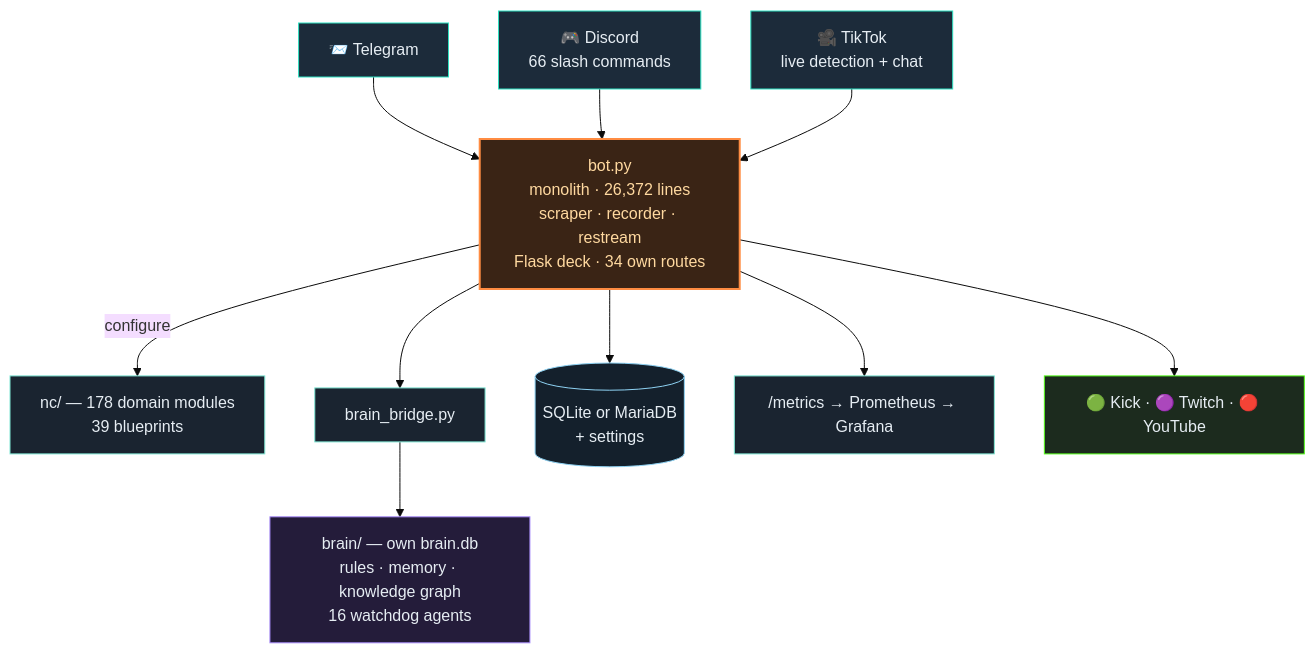
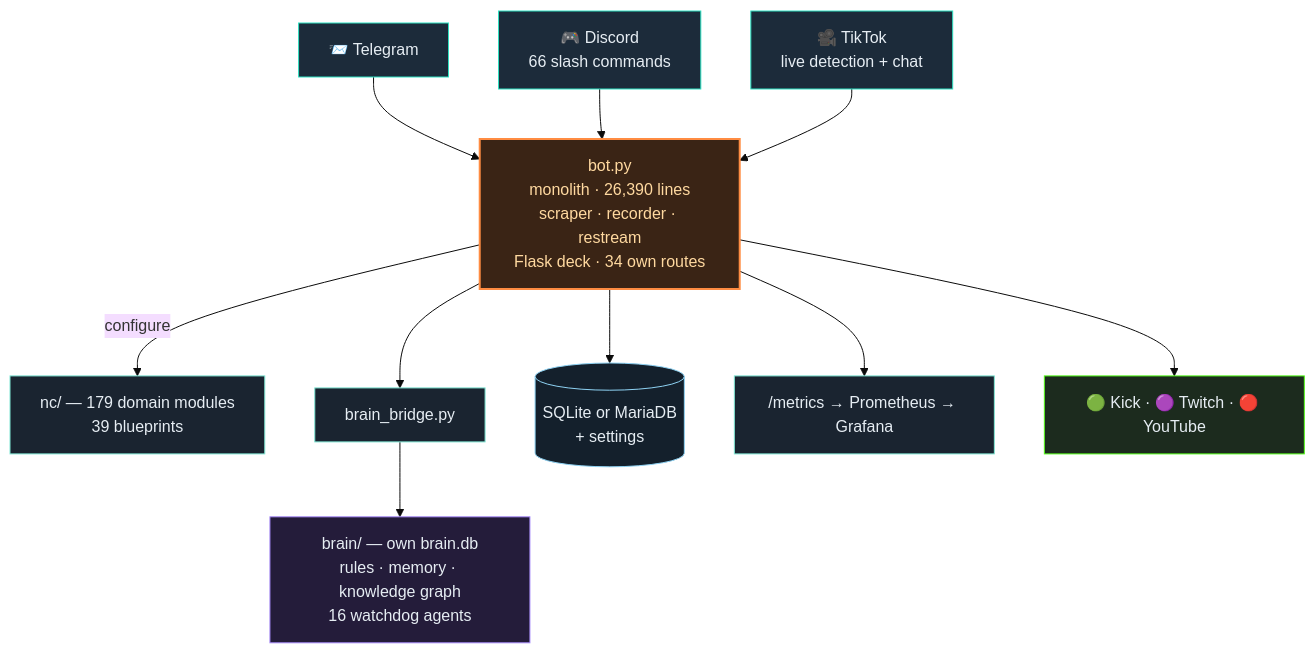
Before and after one commit to itsamemedev/Telegram-Stream-Info-Bot: the second of 3 diagrams in README.en.md, drawn with Mermaid (base theme). The commit also changed other lines of this file and 26 other files, not shown here.

````diff
--- a/README.en.md
+++ b/README.en.md
@@ -119,19 +119,19 @@
 ```mermaid
 flowchart TB
     TG["📨 Telegram"]:::ein --> BOT
     DC["🎮 Discord<br/>66 slash commands"]:::ein --> BOT
     TT["🎥 TikTok<br/>live detection + chat"]:::ein --> BOT
-    BOT["bot.py<br/>monolith · 26,372 lines<br/>scraper · recorder · restream<br/>Flask deck · 34 own routes"]:::core
-    BOT -->|configure| NC["nc/ — 178 domain modules<br/>39 blueprints"]:::lib
+    BOT["bot.py<br/>monolith · 26,390 lines<br/>scraper · recorder · restream<br/>Flask deck · 34 own routes"]:::core
+    BOT -->|configure| NC["nc/ — 179 domain modules<br/>39 blueprints"]:::lib
     BOT --> BR["brain_bridge.py"]:::lib
     BR --> BRAIN["brain/ — own brain.db<br/>rules · memory · knowledge graph<br/>16 watchdog agents"]:::brain
     BOT --> DB[("SQLite or MariaDB<br/>+ settings")]:::db
     BOT --> PROM["/metrics → Prometheus → Grafana"]:::lib
     BOT --> OUT["🟢 Kick · 🟣 Twitch · 🔴 YouTube"]:::out
     classDef ein fill:#1c2b3a,stroke:#2de1c2,color:#e6edf3
     classDef core fill:#3a2415,stroke:#ff8c42,stroke-width:2px,color:#ffd9a0
     classDef lib fill:#1a2430,stroke:#7fe7d4,color:#e6edf3
     classDef brain fill:#241c3a,stroke:#a78bfa,color:#e6edf3
     classDef db fill:#14202c,stroke:#8fd3f4,color:#e6edf3
     classDef out fill:#1c2b1e,stroke:#53fc18,color:#e6edf3
 ```
````
